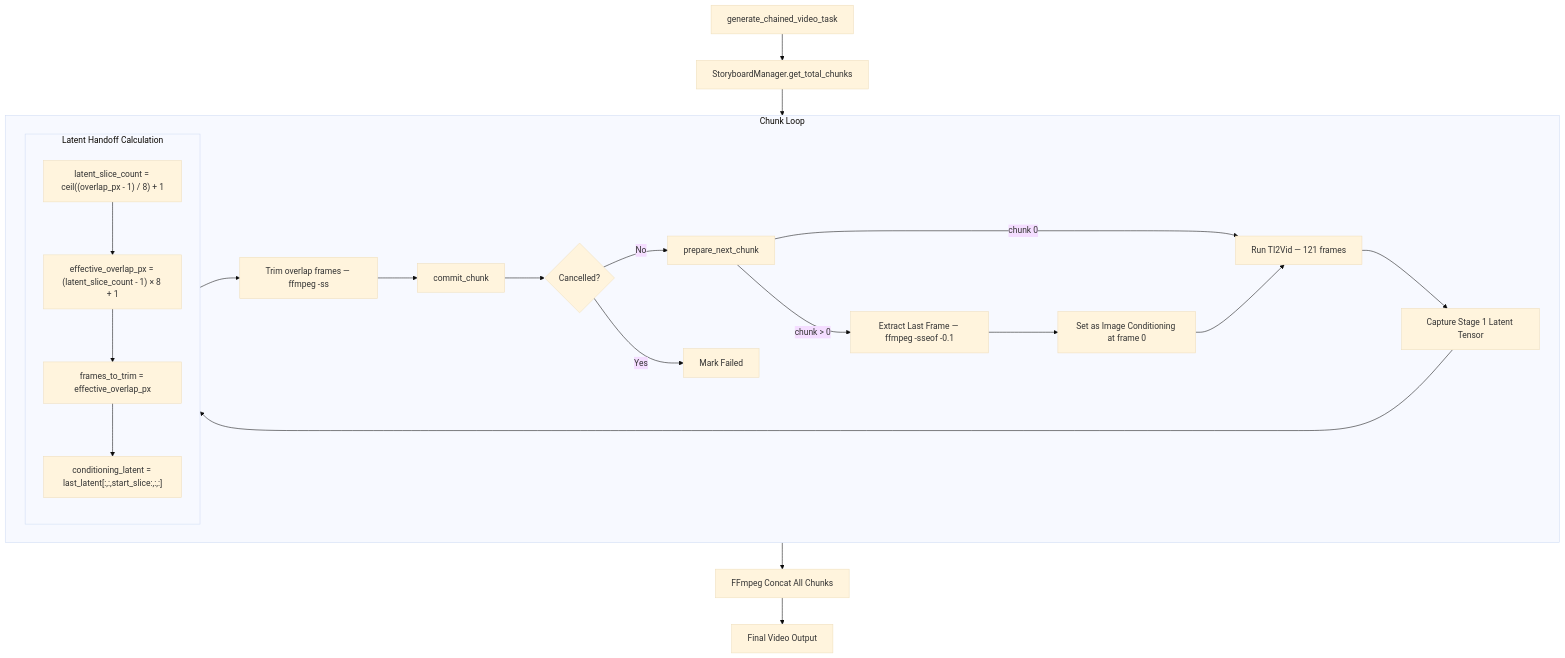
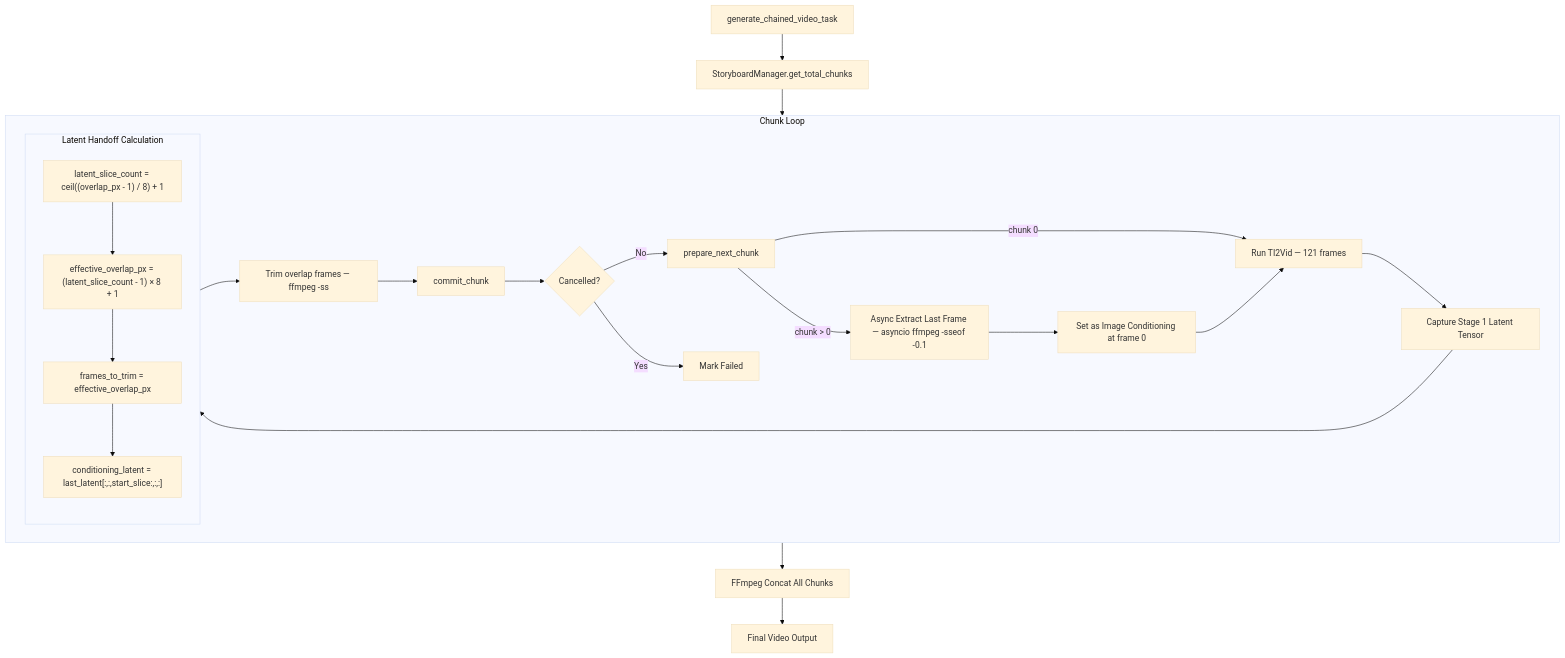
One commit to mainza-ai/milimovideo changed the third of 8 diagrams in docs/03_ai_pipelines.md. Above: the diagram before and after it, drawn with Mermaid (base theme). The commit also changed other lines of this file and 13 other files, not shown here.

Commit message:
Fix storyboard generation hang, async ffmpeg extraction, image path resolutions, and update documentation

````diff
--- a/docs/03_ai_pipelines.md
+++ b/docs/03_ai_pipelines.md
@@ -158,32 +159,32 @@
 ```mermaid
 flowchart TD
     START[generate_chained_video_task] --> CALC[StoryboardManager.get_total_chunks]
     CALC --> LOOP
 
     subgraph LOOP["Chunk Loop"]
         PREP[prepare_next_chunk] -->|"chunk 0"| GEN[Run TI2Vid — 121 frames]
-        PREP -->|"chunk > 0"| EXTRACT[Extract Last Frame — ffmpeg -sseof -0.1]
+        PREP -->|"chunk > 0"| EXTRACT[Async Extract Last Frame — asyncio ffmpeg -sseof -0.1]
         EXTRACT --> COND[Set as Image Conditioning at frame 0]
         COND --> GEN
         
         GEN --> CAPTURE[Capture Stage 1 Latent Tensor]
         CAPTURE --> ALIGN[Quantum Alignment Math]
         
         subgraph ALIGN["Latent Handoff Calculation"]
             QA1["latent_slice_count = ceil((overlap_px - 1) / 8) + 1"]
             QA2["effective_overlap_px = (latent_slice_count - 1) × 8 + 1"]
             QA3["frames_to_trim = effective_overlap_px"]
             QA4["conditioning_latent = last_latent[:,:,start_slice:,:,:]"]
             QA1 --> QA2 --> QA3 --> QA4
         end
         
         ALIGN --> TRIM[Trim overlap frames — ffmpeg -ss]
         TRIM --> COMMIT[commit_chunk]
         COMMIT --> CANCEL{Cancelled?}
         CANCEL -->|No| PREP
         CANCEL -->|Yes| ABORT[Mark Failed]
     end
 
     LOOP --> STITCH[FFmpeg Concat All Chunks]
     STITCH --> FINAL[Final Video Output]
 ```
````
